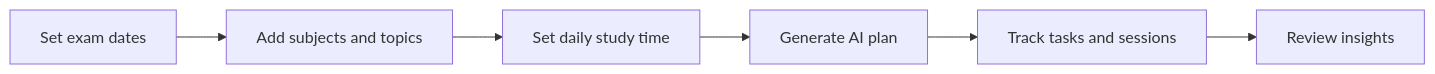
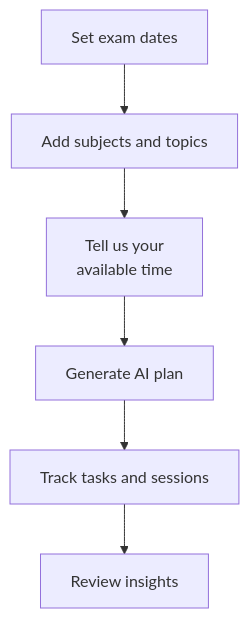
The diagram in README.md (Rupom090/AI-Smart-Study-Planner-for-Students), drawn with Mermaid before and after one commit. The commit also changed other lines of this file, not shown here.

````diff
--- a/README.md
+++ b/README.md
@@ -123,8 +65,8 @@
 ```mermaid
-flowchart LR
+graph TB
   A[Set exam dates] --> B[Add subjects and topics]
-  B --> C[Set daily study time]
+  B --> C["Tell us your<br/>available time"]
   C --> D[Generate AI plan]
   D --> E[Track tasks and sessions]
   E --> F[Review insights]
 ```
````
